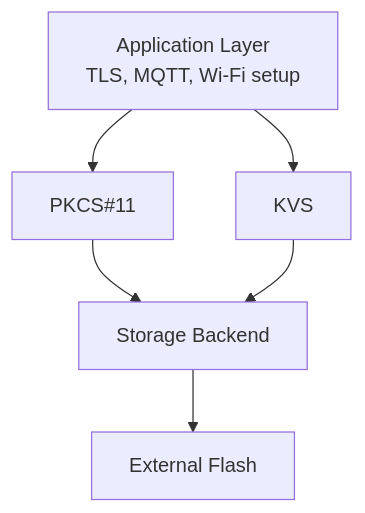
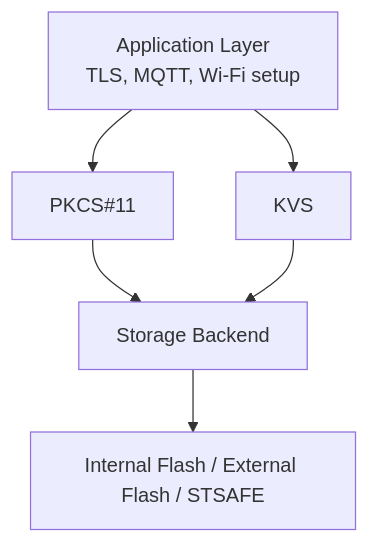
One commit to SlimJallouli/stm32n6570_dk_w6x_iot_reference changed the diagram in docs/software_components.md. Above: the diagram before and after it, drawn with Mermaid. The commit also changed other lines of this file and 5 other files, not shown here.

````diff
--- a/docs/software_components.md
+++ b/docs/software_components.md
@@ -36,8 +39,8 @@
 ```mermaid
 flowchart TD
     A[Application Layer<br/>TLS, MQTT, Wi-Fi setup] --> B[PKCS#11]
     A --> C[KVS]
     B --> D[Storage Backend]
     C --> D
-    D --> E[External Flash]
+    D --> E[Internal Flash / External Flash / STSAFE]
 ```
````
